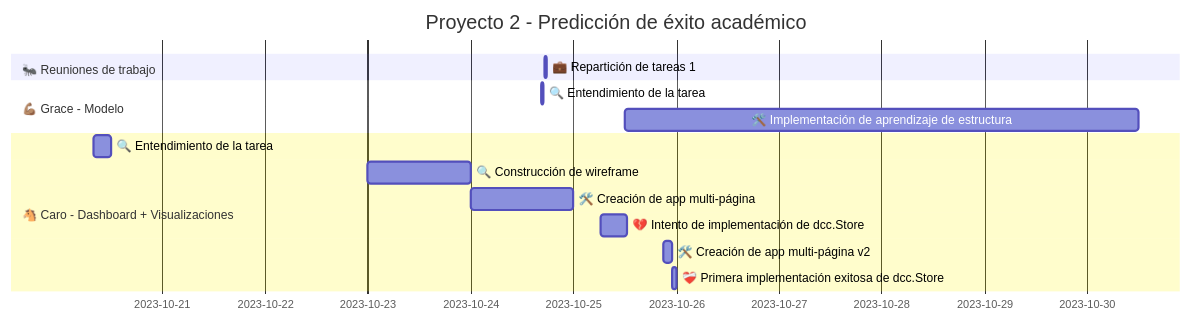
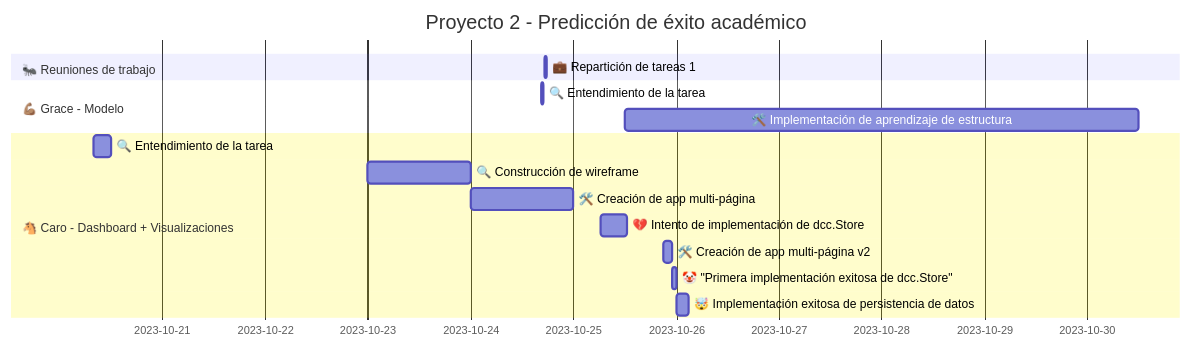
One commit to zcrodriguez/AC_IPP_P2 changed the diagram in README.md. Above: the diagram before and after it, drawn with Mermaid. The commit also changed 1 other file, not shown here.

Commit message:
Implementación exitosa de persistencia de datos

````diff
--- a/README.md
+++ b/README.md
@@ -5,17 +5,18 @@
 ```mermaid
 gantt
     title Proyecto 2 - Predicción de éxito académico
     dateFormat  YYYY-MM-DD
     section 🐜 Reuniones de trabajo
     💼 Repartición de tareas 1:2023-10-24 17:21,30m
     section 💪🏽 Grace - Modelo
     🔍 Entendimiento de la tarea:2023-10-24 16:30,40m
     🛠️ Implementación de aprendizaje de estructura: 2023-10-25 12:00, 5d
     section 🐴 Caro - Dashboard + Visualizaciones
     🔍 Entendimiento de la tarea:2023-10-20 8:00,4h
     🔍 Construcción de wireframe:2023-10-23,1d
     🛠️ Creación de app multi-página:2023-10-24,1d
     💔 Intento de implementación de dcc.Store:2023-10-25 6:30, 6h
     🛠️ Creación de app multi-página v2:2023-10-25 21:00, 2h
-    ❤️‍🩹 Primera implementación exitosa de dcc.Store:2023-10-25 23:00, 1h
+    🤡 "Primera implementación exitosa de dcc.Store":2023-10-25 23:00, 1h
+    🤯 Implementación exitosa de persistencia de datos:2023-10-26 00:00, 3h
 ```
````
